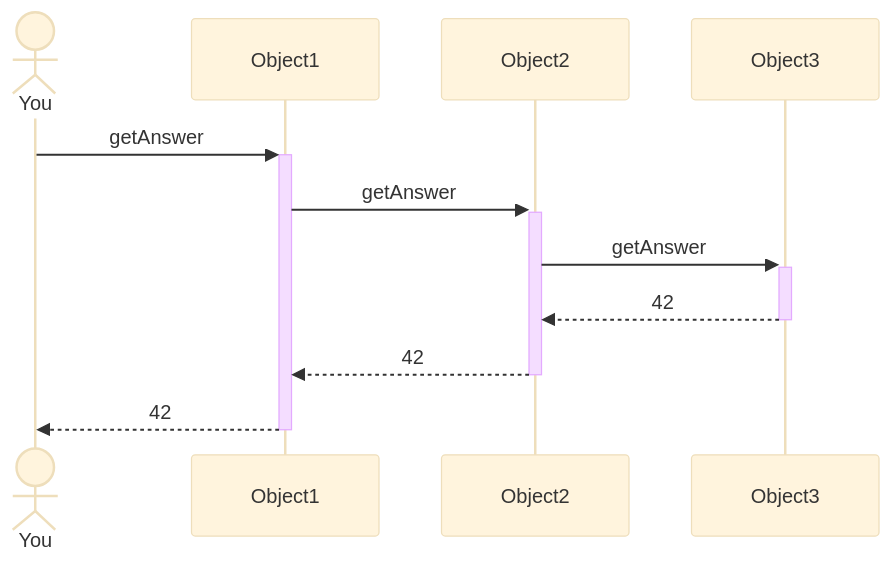
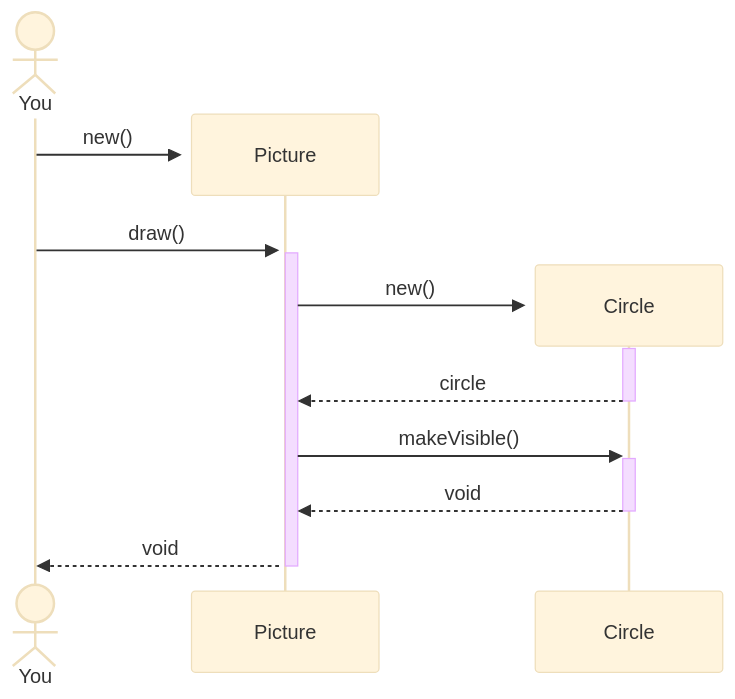
One commit to bkleinen/bkleinen.github.io changed the diagram in hugo/content/classes/ws2023/info1/labs/exercise-01.md. Above: the diagram before and after it, drawn with Mermaid (base theme). The commit also changed other lines of this file and 16 other files, not shown here.

````diff
--- a/hugo/content/classes/ws2023/info1/labs/exercise-01.md
+++ b/hugo/content/classes/ws2023/info1/labs/exercise-01.md
@@ -9,12 +8,15 @@
 ```mermaid
 
 sequenceDiagram
     actor You
-    You->>+Object1:getAnswer
-    Object1->>+Object2: getAnswer
-    Object2->>+Object3: getAnswer
-    Object3-->>-Object2: 42
-    Object2-->>-Object1: 42
-    Object1-->>-You: 42
+    create Participant Picture
+    You->>+Picture:new()
+    You->>+Picture:draw()
+    create Participant Circle
+    Picture->>+Circle: new()
+    Circle-->>-Picture:circle
+    Picture->>+Circle: makeVisible()
+    Circle-->>-Picture:void
+    Picture-->>-You:void
     
 ```
````
